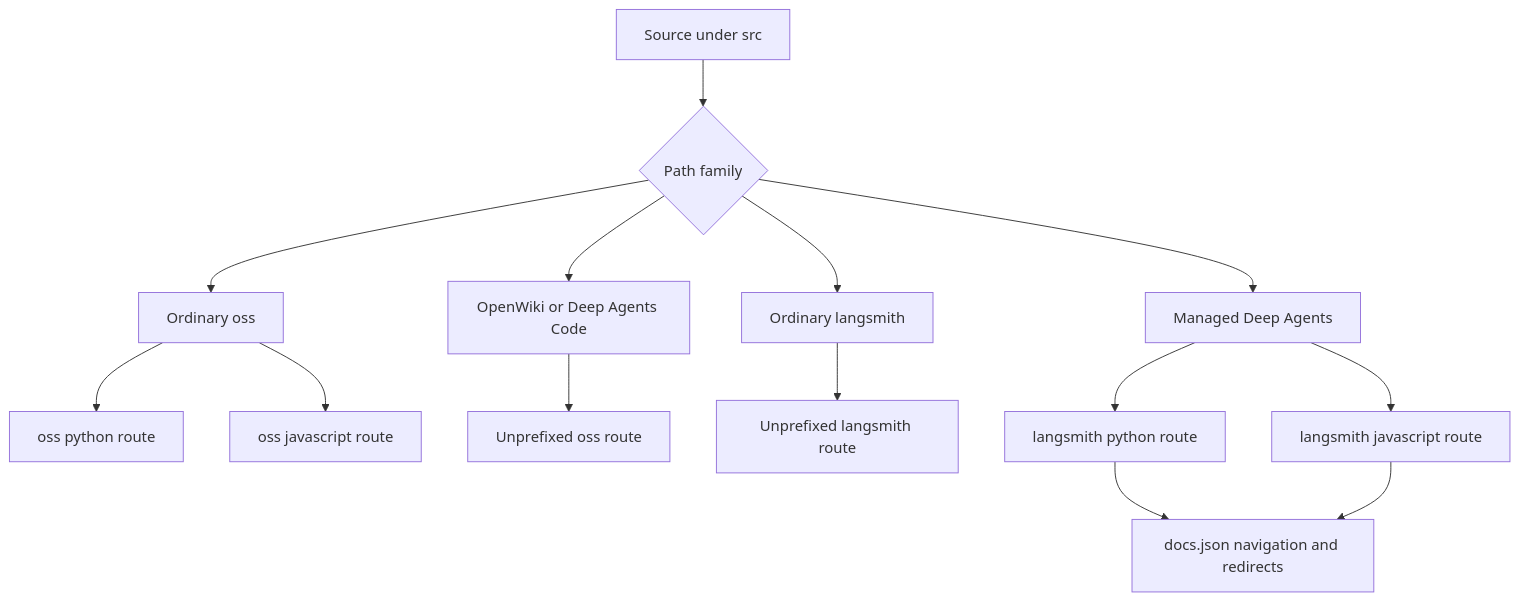
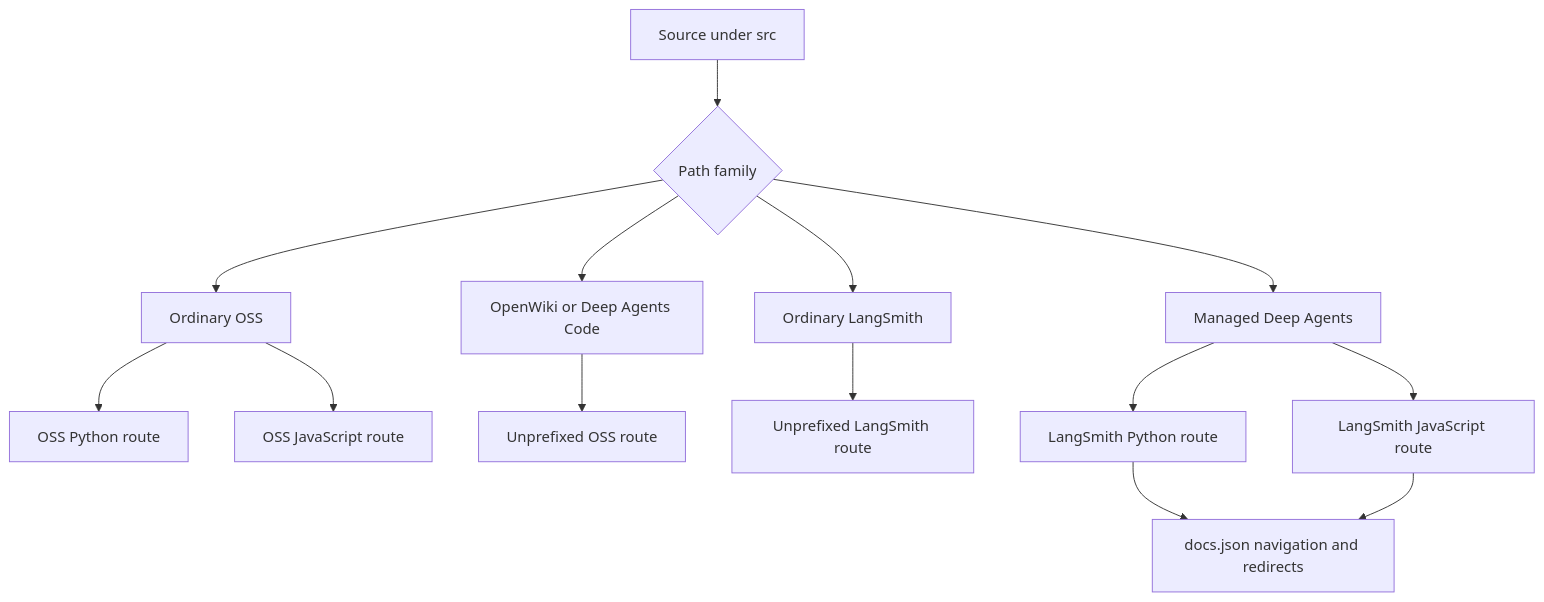
The first of 2 diagrams in openwiki/concepts/versioning.md (langchain-ai/docs), drawn with Mermaid before and after one commit. The commit also changed other lines of this file and 11 other files, not shown here.

````diff
--- a/openwiki/concepts/versioning.md
+++ b/openwiki/concepts/versioning.md
@@ -48,16 +42,16 @@
 ```mermaid
 flowchart TD
     Source["Source under src"] --> Family{"Path family"}
-    Family --> Oss["Ordinary oss"]
-    Oss --> OssPy["oss python route"]
-    Oss --> OssJs["oss javascript route"]
+    Family --> Oss["Ordinary OSS"]
+    Oss --> OssPy["OSS Python route"]
+    Oss --> OssJs["OSS JavaScript route"]
     Family --> Product["OpenWiki or Deep Agents Code"]
-    Product --> ProductRoute["Unprefixed oss route"]
-    Family --> Smith["Ordinary langsmith"]
-    Smith --> SmithRoute["Unprefixed langsmith route"]
+    Product --> PlainProduct["Unprefixed OSS route"]
+    Family --> Smith["Ordinary LangSmith"]
+    Smith --> PlainSmith["Unprefixed LangSmith route"]
     Family --> Managed["Managed Deep Agents"]
-    Managed --> ManagedPy["langsmith python route"]
-    Managed --> ManagedJs["langsmith javascript route"]
+    Managed --> ManagedPy["LangSmith Python route"]
+    Managed --> ManagedJs["LangSmith JavaScript route"]
     ManagedPy --> Config["docs.json navigation and redirects"]
     ManagedJs --> Config
 ```
````
